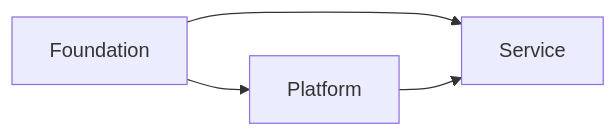
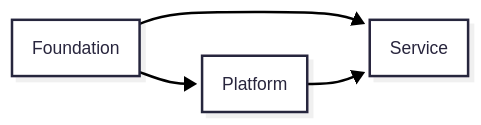
One commit to DeokJong/terraform-3-layer-architecture-specification changed the first of 2 diagrams in docs/architecture/01a-glossary-and-views.md. Above: the diagram before and after it, drawn with Mermaid. The commit also changed other lines of this file and 13 other files, not shown here.

Commit message:
Refine docs structure and standardize Mermaid config

````diff
--- a/docs/architecture/01a-glossary-and-views.md
+++ b/docs/architecture/01a-glossary-and-views.md
@@ -22,10 +22,16 @@
 ```mermaid
+---
+config:
+  layout: fixed
+  theme: redux
+  look: neo
+---
 flowchart LR
     F[Foundation]
     P[Platform]
     S[Service]
 
     F --> P
     F --> S
     P --> S
 ```
````
